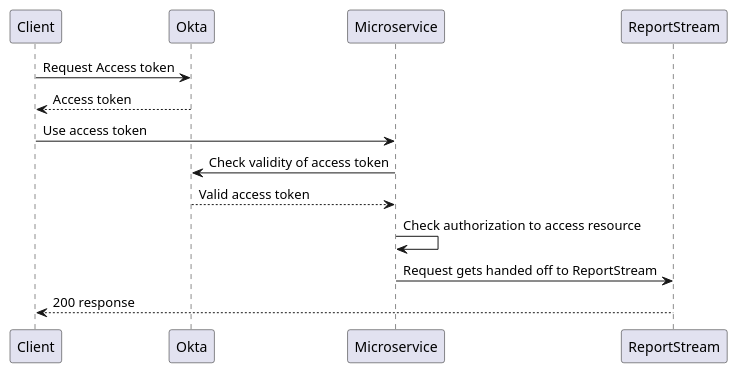
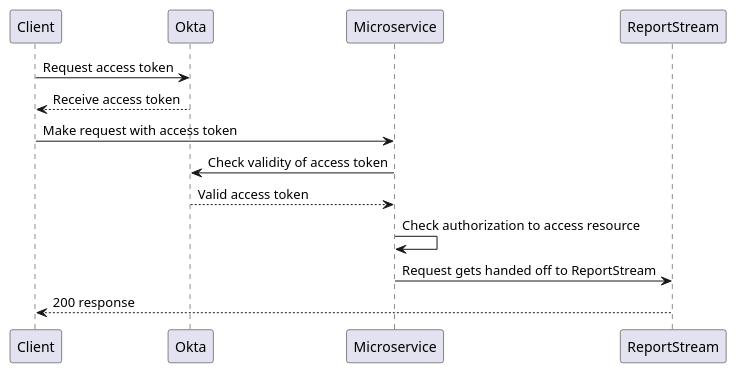
Before and after one commit to CDCgov/prime-reportstream: the diagram in prime-router/docs/design/design/auth/microservice.puml, drawn with PlantUML. The commit also changed 5 other files, not shown here.

Commit message:
update flows

```diff
--- a/prime-router/docs/design/design/auth/microservice.puml
+++ b/prime-router/docs/design/design/auth/microservice.puml
@@ -1,10 +1,10 @@
 @startuml
-Client -> Okta: Request Access token
-Okta --> Client: Access token
-Client -> Microservice: Use access token
+Client -> Okta: Request access token
+Okta --> Client: Receive access token
+Client -> Microservice: Make request with access token
 Microservice -> Okta: Check validity of access token
 Okta --> Microservice: Valid access token
 Microservice -> Microservice: Check authorization to access resource
 Microservice -> ReportStream: Request gets handed off to ReportStream
 ReportStream --> Client: 200 response
 @enduml
```
